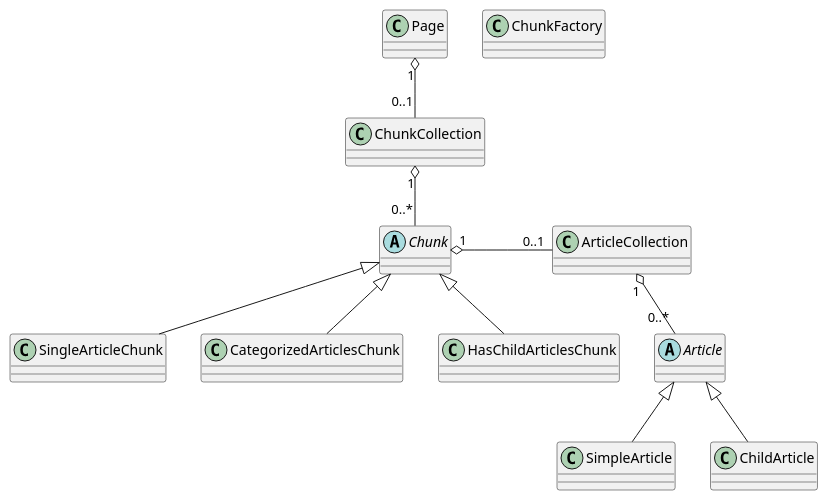
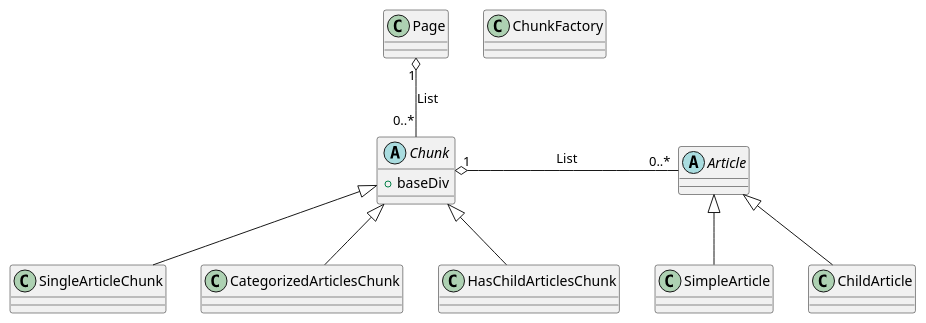
Before and after one commit to TakashiAihara/filtering_google_news_extension: the diagram in docs/front/architecture.puml, drawn with PlantUML. The commit also changed 11 other files, not shown here.

```diff
--- a/docs/front/architecture.puml
+++ b/docs/front/architecture.puml
@@ -1,35 +1,34 @@
 @startuml Front Architecture
 
-abstract class Article{}
-
-class SimpleArticle{}
-Article <|-- SimpleArticle
-
-class ChildArticle{}
-Article <|-- ChildArticle
-
-class ArticleCollection{}
-ArticleCollection "1" o-- "0..*" Article
+' Page
 
 class Page{}
+Page "1" o-- "0..*" Chunk : "List"
 
+' Chunks
 
-abstract class Chunk{}
-Chunk "1" o- "0..1" ArticleCollection
+abstract class Chunk{
+	+ baseDiv
+}
+Chunk <|-- SingleArticleChunk
+Chunk <|-- CategorizedArticlesChunk
+Chunk <|-- HasChildArticlesChunk
+Chunk "1" o- "0..*" Article : "List"
 
 class SingleArticleChunk {}
-Chunk <|-- SingleArticleChunk
-
 class CategorizedArticlesChunk {}
-Chunk <|-- CategorizedArticlesChunk
-
 class HasChildArticlesChunk {}
-Chunk <|-- HasChildArticlesChunk
-
-class ChunkCollection{}
-Page "1" o-- "0..1" ChunkCollection
-ChunkCollection "1" o-- "0..*" Chunk
 
 class ChunkFactory {}
 
+' Articles
+
+abstract class Article{}
+Article <|-- SimpleArticle
+Article <|-- ChildArticle
+
+class SimpleArticle{}
+
+class ChildArticle{}
+
 @enduml
```
